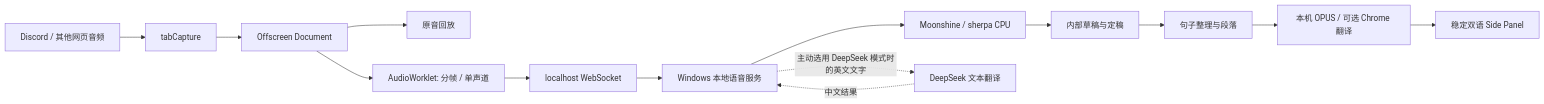
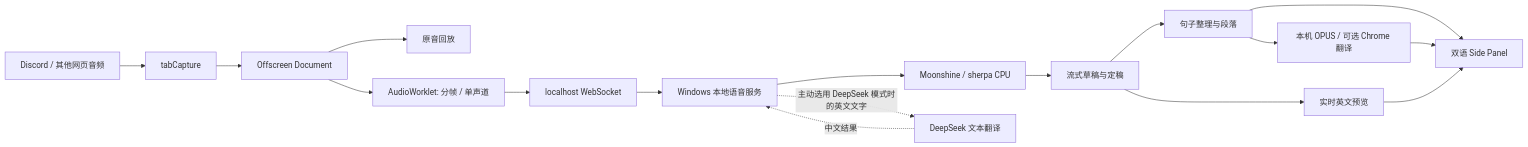
Before and after one commit to narmi924/NimDaydu: the diagram in Plan.md, drawn with Mermaid. The commit also changed other lines of this file and 52 other files, not shown here.

````diff
--- a/Plan.md
+++ b/Plan.md
@@ -205,16 +223,19 @@
 ```mermaid
 flowchart LR
     D[Discord / 其他网页音频] --> C[tabCapture]
     C --> O[Offscreen Document]
     O --> P[原音回放]
     O --> A[AudioWorklet: 分帧 / 单声道]
     A --> W[localhost WebSocket]
     W --> S[Windows 本地语音服务]
     S --> M[Moonshine / sherpa CPU]
-    M --> E[内部草稿与定稿]
+    M --> E[流式草稿与定稿]
+    E --> V[实时英文预览]
     E --> F[句子整理与段落]
+    F --> U[双语 Side Panel]
     F --> T[本机 OPUS / 可选 Chrome 翻译]
-    T --> U[稳定双语 Side Panel]
+    T --> U
+    V --> U
     S -. 主动选用 DeepSeek 模式时的英文文字 .-> L[DeepSeek 文本翻译]
     L -. 中文结果 .-> S
 ```
````
